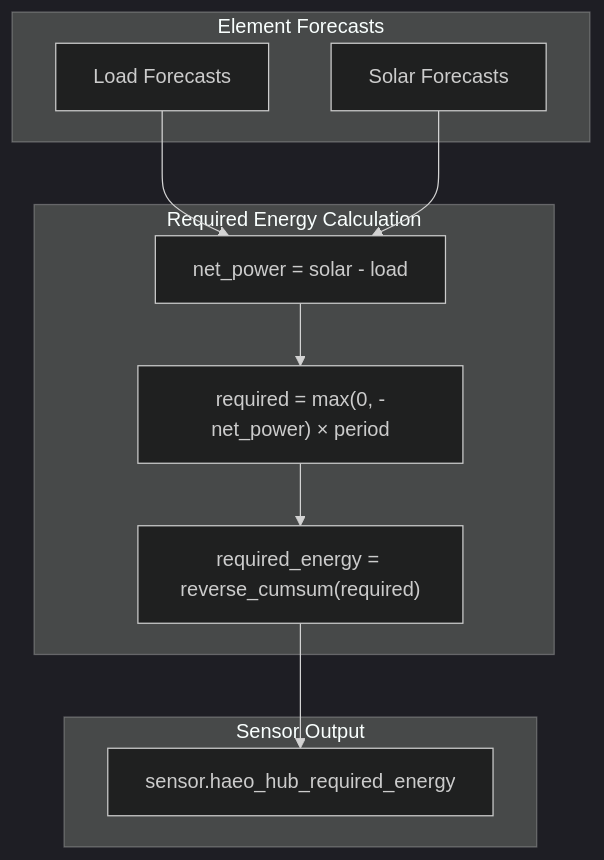
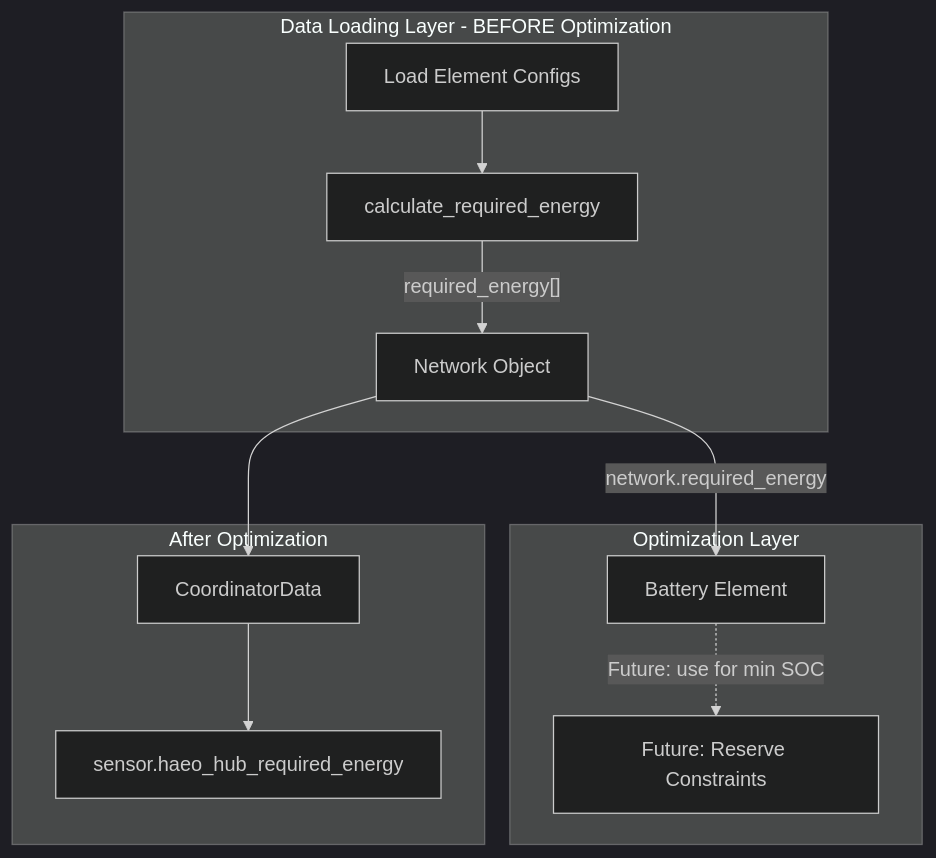
Before and after one commit to hass-energy/haeo: the diagram in .cursor/plans/self-sufficiency_reserve_feature_044d0dd1.plan.md, drawn with Mermaid (dark theme). The commit also changed other lines of this file, not shown here.

````diff
--- a/.cursor/plans/self-sufficiency_reserve_feature_044d0dd1.plan.md
+++ b/.cursor/plans/self-sufficiency_reserve_feature_044d0dd1.plan.md
@@ -105,23 +114,25 @@
 ```mermaid
 flowchart TD
-    subgraph Inputs [Element Forecasts]
-        Load[Load Forecasts]
-        Solar[Solar Forecasts]
+    subgraph DataLoading [Data Loading Layer - BEFORE Optimization]
+        LoadConfigs[Load Element Configs]
+        CalcRequired[calculate_required_energy]
+        Network[Network Object]
     end
 
-    subgraph Calculation [Required Energy Calculation]
-        NetPower["net_power = solar - load"]
-        RequiredOnly["required = max(0, -net_power) × period"]
-        ReverseCumsum["required_energy = reverse_cumsum(required)"]
+    subgraph Optimization [Optimization Layer]
+        Battery[Battery Element]
+        Constraints[Future: Reserve Constraints]
     end
 
-    subgraph Output [Sensor Output]
+    subgraph Output [After Optimization]
+        CoordData[CoordinatorData]
         Sensor["sensor.haeo_hub_required_energy"]
     end
 
-    Load --> NetPower
-    Solar --> NetPower
-    NetPower --> RequiredOnly
-    RequiredOnly --> ReverseCumsum
-    ReverseCumsum --> Sensor
+    LoadConfigs --> CalcRequired
+    CalcRequired -->|"required_energy[]"| Network
+    Network -->|"network.required_energy"| Battery
+    Battery -.->|"Future: use for min SOC"| Constraints
+    Network --> CoordData
+    CoordData --> Sensor
 ```
````
